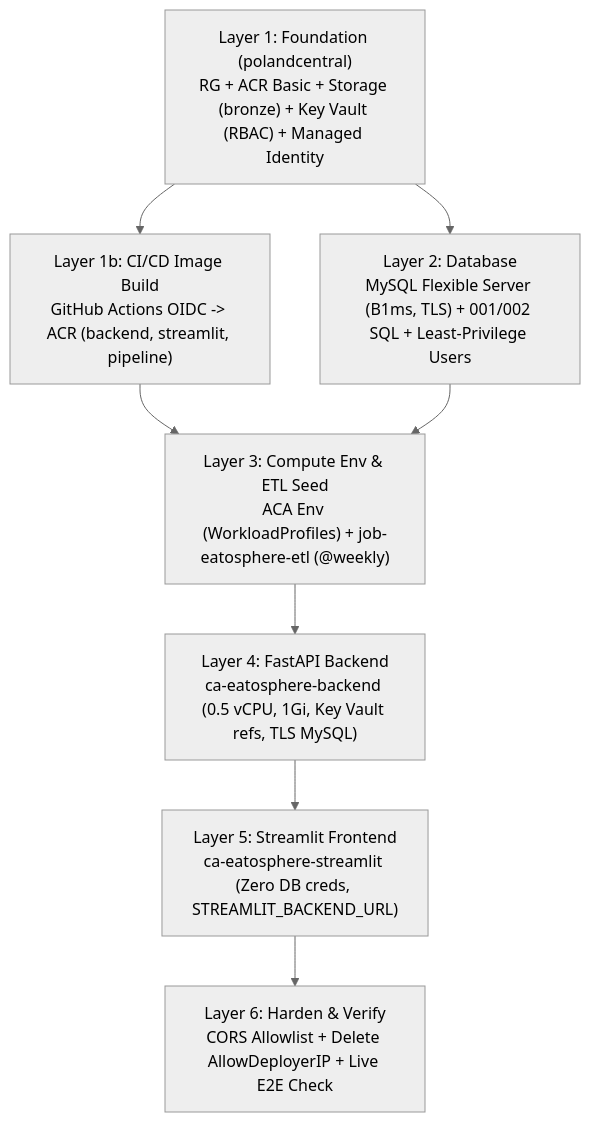
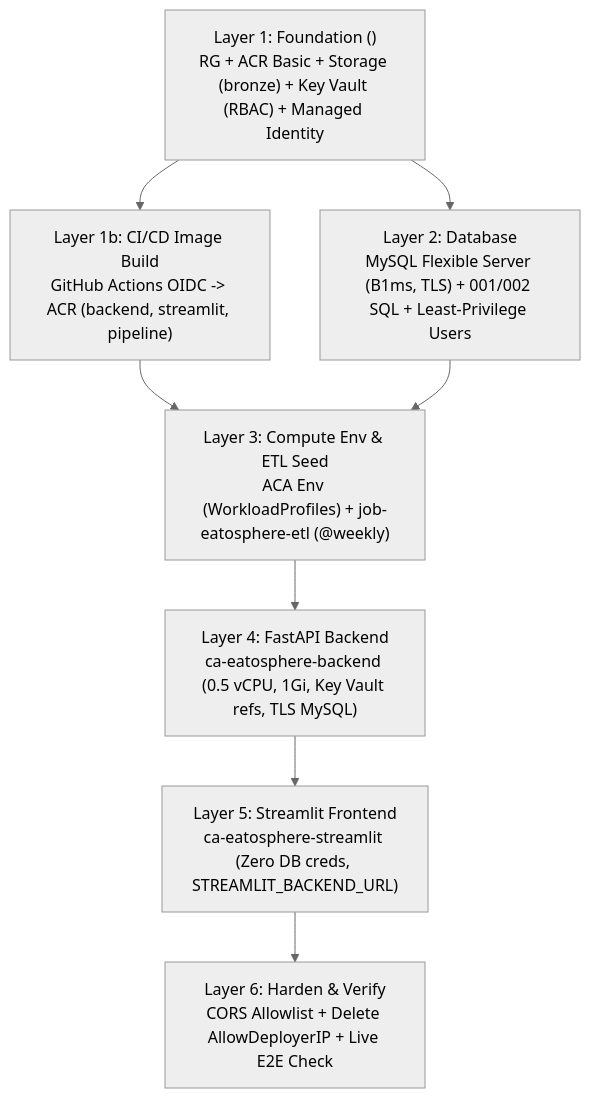
The first of 2 diagrams in docs/DEPLOY_AZURE.md (Ziad17-Ai/Global-Restaurant-Explorer-), drawn with Mermaid (neutral theme) before and after one commit. The commit also changed other lines of this file and 2 other files, not shown here.

````diff
--- a/docs/DEPLOY_AZURE.md
+++ b/docs/DEPLOY_AZURE.md
@@ -19,13 +22,13 @@
 ```mermaid
 flowchart TB
-    L1["Layer 1: Foundation (polandcentral)<br/>RG + ACR Basic + Storage (bronze) + Key Vault (RBAC) + Managed Identity"]
+    L1["Layer 1: Foundation (<your-region>)<br/>RG + ACR Basic + Storage (bronze) + Key Vault (RBAC) + Managed Identity"]
     L1B["Layer 1b: CI/CD Image Build<br/>GitHub Actions OIDC -> ACR (backend, streamlit, pipeline)"]
     L2["Layer 2: Database<br/>MySQL Flexible Server (B1ms, TLS) + 001/002 SQL + Least-Privilege Users"]
     L3["Layer 3: Compute Env & ETL Seed<br/>ACA Env (WorkloadProfiles) + job-eatosphere-etl (@weekly)"]
     L4["Layer 4: FastAPI Backend<br/>ca-eatosphere-backend (0.5 vCPU, 1Gi, Key Vault refs, TLS MySQL)"]
     L5["Layer 5: Streamlit Frontend<br/>ca-eatosphere-streamlit (Zero DB creds, STREAMLIT_BACKEND_URL)"]
     L6["Layer 6: Harden & Verify<br/>CORS Allowlist + Delete AllowDeployerIP + Live E2E Check"]
 
     L1 --> L1B --> L3
     L1 --> L2 --> L3 --> L4 --> L5 --> L6
 ```
````
